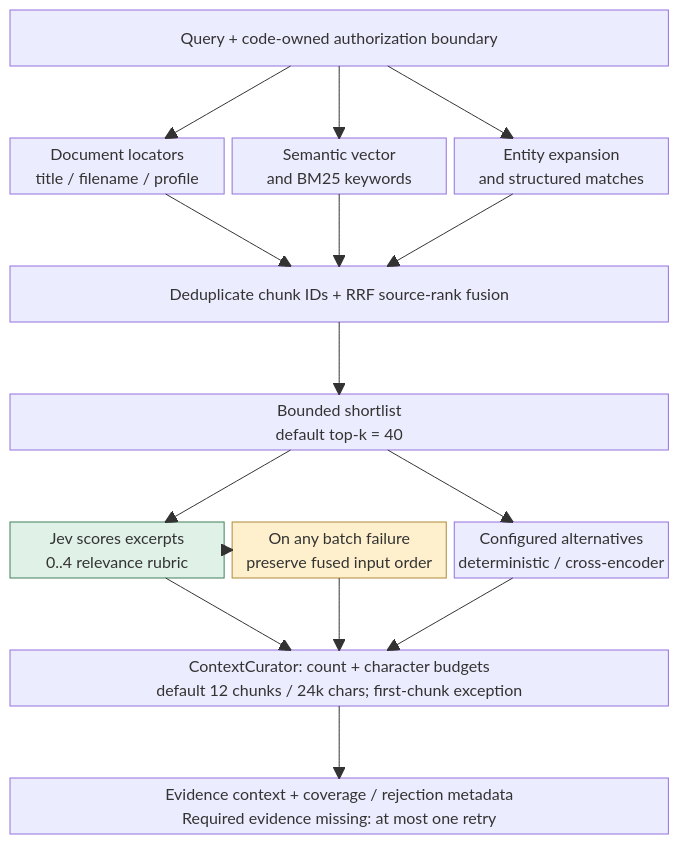
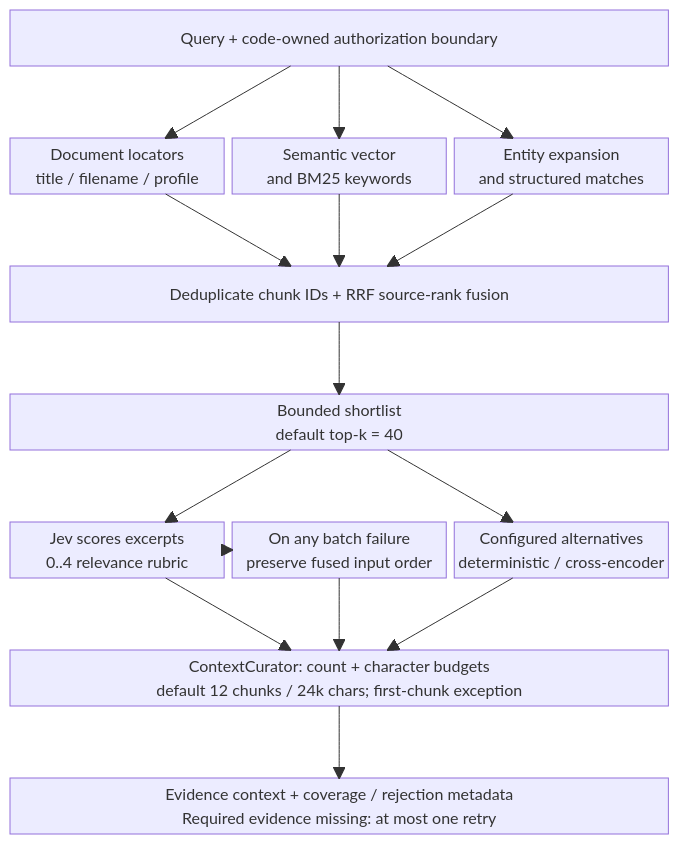
One commit to heecheon92/my-agents changed the fifth of 9 diagrams in docs/product-chat-service/38-message-to-answer-service-flow.md. Above: the diagram before and after it, drawn with Mermaid. The commit also changed other lines of this file and 19 other files, not shown here.

Commit message:
docs: improve service flow diagram contrast across themes

````diff
--- a/docs/product-chat-service/38-message-to-answer-service-flow.md
+++ b/docs/product-chat-service/38-message-to-answer-service-flow.md
@@ -273,35 +255,31 @@
 ```mermaid
 block-beta
     columns 3
     Query["Query + code-owned authorization boundary"]:3
     space:3
     Locator["Document locators<br/>title / filename / profile"] Semantic["Semantic vector<br/>and BM25 keywords"] Related["Entity expansion<br/>and structured matches"]
     space:3
     Fusion["Deduplicate chunk IDs + RRF source-rank fusion"]:3
     space:3
     Shortlist["Bounded shortlist<br/>default top-k = 40"]:3
     space:3
     Scoring["Jev scores excerpts<br/>0..4 relevance rubric"] Keep["On any batch failure<br/>preserve fused input order"] Alternatives["Configured alternatives<br/>deterministic / cross-encoder"]
     space:3
     Pack["ContextCurator: count + character budgets<br/>default 12 chunks / 24k chars; first-chunk exception"]:3
     space:3
     Result["Evidence context + coverage / rejection metadata<br/>Required evidence missing: at most one retry"]:3
     Query --> Locator
     Query --> Semantic
     Query --> Related
     Locator --> Fusion
     Semantic --> Fusion
     Related --> Fusion
     Fusion --> Shortlist
     Shortlist --> Scoring
     Shortlist --> Alternatives
     Scoring --> Pack
     Scoring --> Keep
     Keep --> Pack
     Alternatives --> Pack
     Pack --> Result
-    classDef scoring fill:#e0f1e8,stroke:#40805b
-    classDef fallback fill:#fff0cd,stroke:#ad8939
-    class Scoring scoring
-    class Keep fallback
 ```
````
